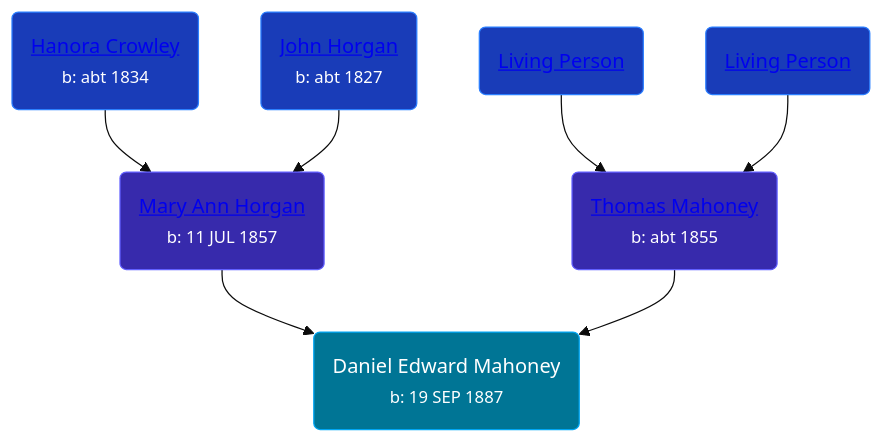
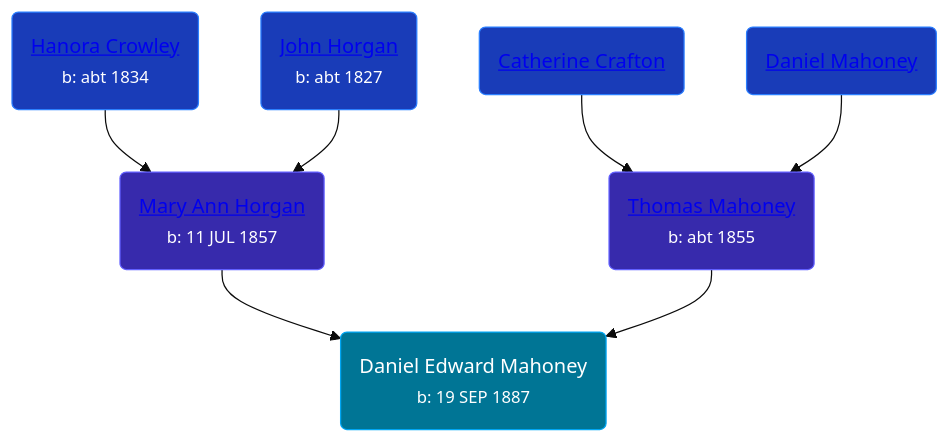
Before and after one commit to wpmgotkh/wpmgotkh.github.io: the diagram in pages/people/2/24117676.md, drawn with Mermaid (base theme). The commit also changed 586 other files, not shown here.

Commit message:
feat: better shouldConsiderPersonLiving algo

````diff
--- a/pages/people/2/24117676.md
+++ b/pages/people/2/24117676.md
@@ -10,13 +10,13 @@
 ```mermaid
 graph
 classDef grands fill:#193cb8,stroke:#2b7fff,stroke-width:1px,color:#fff;
 classDef parents fill:#372aac,stroke:#615fff,stroke-width:1px,color:#fff;
 classDef primary fill:#007595,stroke:#00a6f4,stroke-width:1px,color:#fff;
 24117676(Daniel Edward Mahoney<br /><small>b: 19 SEP 1887</small>):::primary
 90749846(<a class="text-white" href="/people/9/90749846">Mary Ann Horgan</a><br /><small>b: 11 JUL 1857</small>):::parents-->24117676
 72193795(<a class="text-white" href="/people/7/72193795">Hanora Crowley</a><br /><small>b: abt 1834</small>):::grands-->90749846
 54161773(<a class="text-white" href="/people/5/54161773">John Horgan</a><br /><small>b: abt 1827</small>):::grands-->90749846
 41476460(<a class="text-white" href="/people/4/41476460">Thomas Mahoney</a><br /><small>b: abt 1855</small>):::parents-->24117676
-61573710(<a class="text-white" href="/people/6/61573710">Living Person</a>):::grands-->41476460
-8119607(<a class="text-white" href="/people/8/8119607">Living Person</a>):::grands-->41476460
+61573710(<a class="text-white" href="/people/6/61573710">Catherine Crafton</a>):::grands-->41476460
+8119607(<a class="text-white" href="/people/8/8119607">Daniel Mahoney</a>):::grands-->41476460
 ```
````
